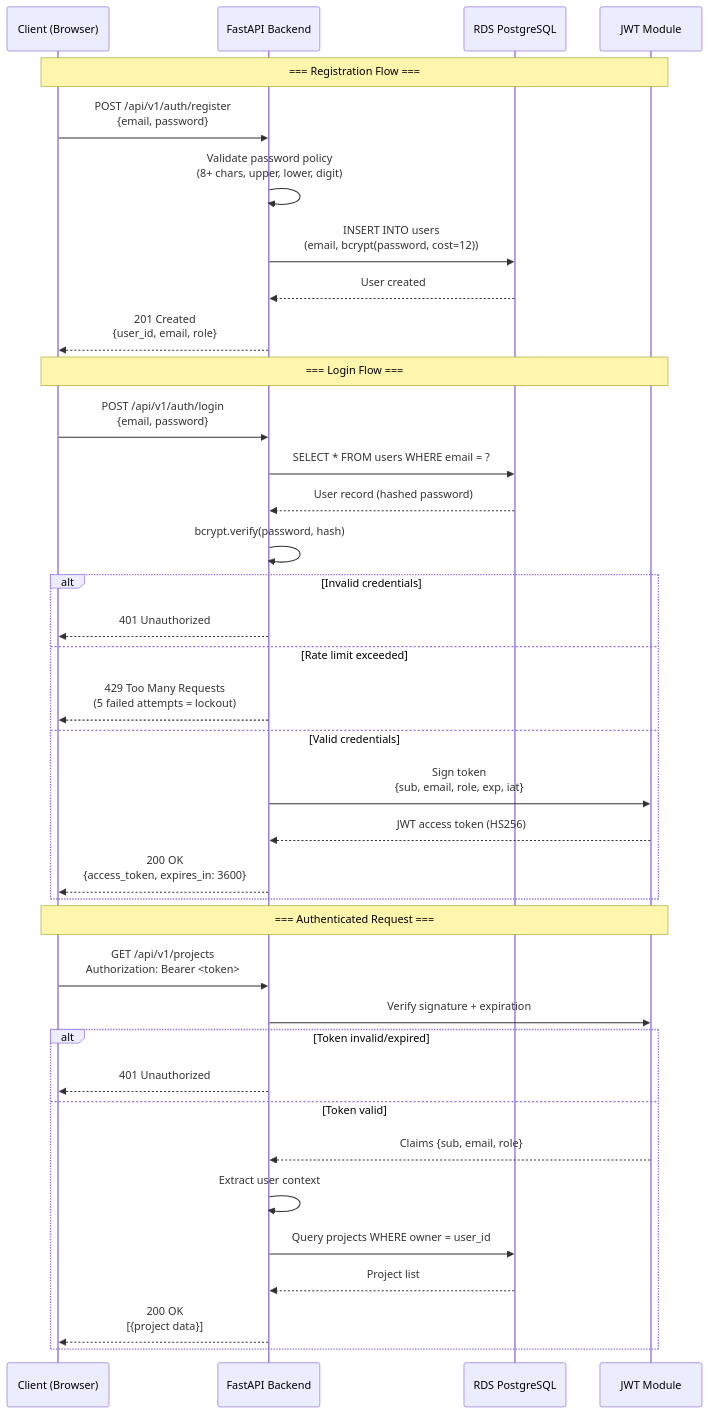
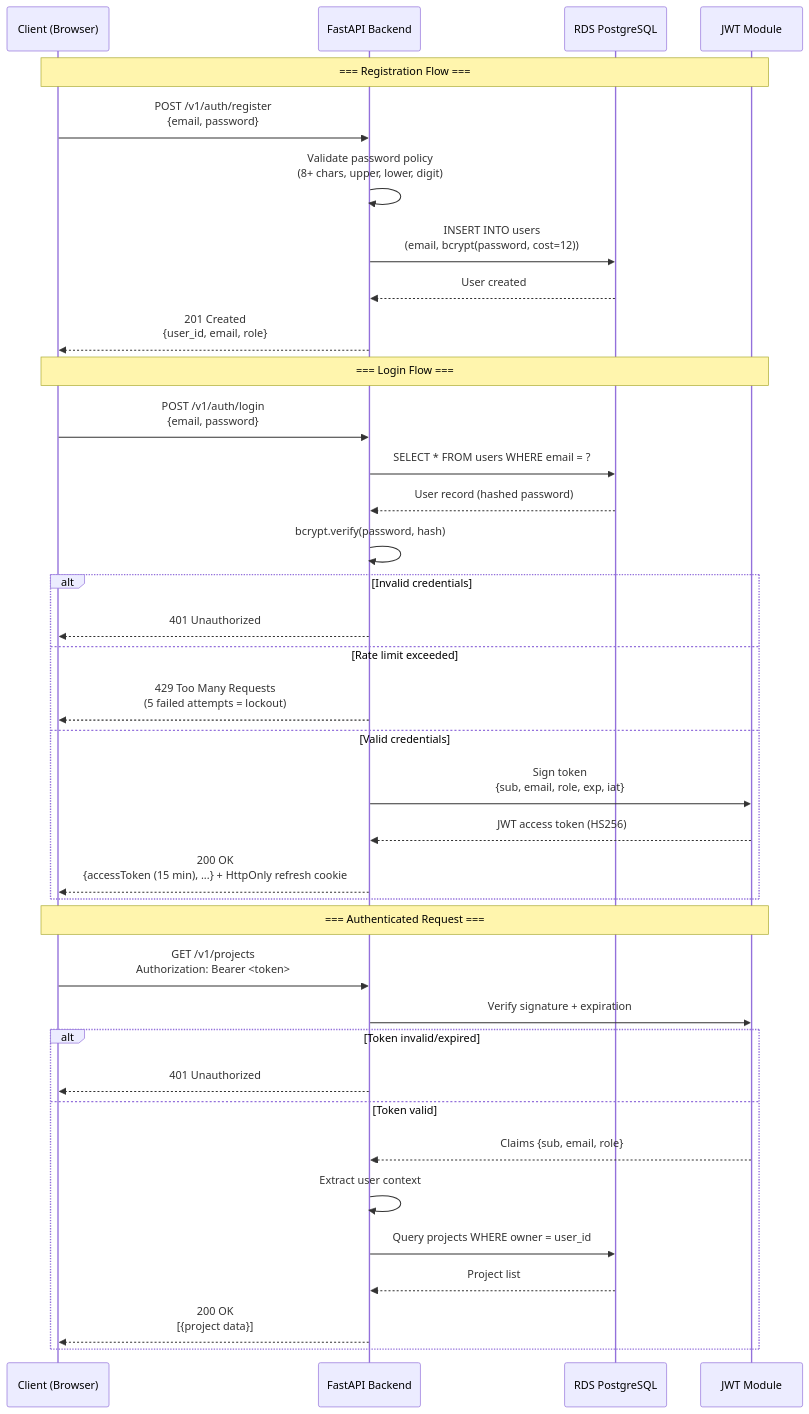
Before and after one commit to alonsovndev/open-projects-hub-docs: the second of 4 diagrams in docs/03-architecture/security/security-architecture.md, drawn with Mermaid. The commit also changed other lines of this file and 14 other files, not shown here.

First line of the commit message:
docs(architecture): describe the deployed Cloudflare and EC2 stack

````diff
--- a/docs/03-architecture/security/security-architecture.md
+++ b/docs/03-architecture/security/security-architecture.md
@@ -196,42 +198,42 @@
 ```mermaid
 sequenceDiagram
     participant Client as Client (Browser)
     participant API as FastAPI Backend
     participant DB as RDS PostgreSQL
     participant JWT as JWT Module
 
     Note over Client,JWT: === Registration Flow ===
-    Client->>API: POST /api/v1/auth/register<br/>{email, password}
+    Client->>API: POST /v1/auth/register<br/>{email, password}
     API->>API: Validate password policy<br/>(8+ chars, upper, lower, digit)
     API->>DB: INSERT INTO users<br/>(email, bcrypt(password, cost=12))
     DB-->>API: User created
     API-->>Client: 201 Created<br/>{user_id, email, role}
 
     Note over Client,JWT: === Login Flow ===
-    Client->>API: POST /api/v1/auth/login<br/>{email, password}
+    Client->>API: POST /v1/auth/login<br/>{email, password}
     API->>DB: SELECT * FROM users WHERE email = ?
     DB-->>API: User record (hashed password)
     API->>API: bcrypt.verify(password, hash)
     alt Invalid credentials
         API-->>Client: 401 Unauthorized
     else Rate limit exceeded
         API-->>Client: 429 Too Many Requests<br/>(5 failed attempts = lockout)
     else Valid credentials
         API->>JWT: Sign token<br/>{sub, email, role, exp, iat}
         JWT-->>API: JWT access token (HS256)
-        API-->>Client: 200 OK<br/>{access_token, expires_in: 3600}
+        API-->>Client: 200 OK<br/>{accessToken (15 min), ...} + HttpOnly refresh cookie
     end
 
     Note over Client,JWT: === Authenticated Request ===
-    Client->>API: GET /api/v1/projects<br/>Authorization: Bearer <token>
+    Client->>API: GET /v1/projects<br/>Authorization: Bearer <token>
     API->>JWT: Verify signature + expiration
     alt Token invalid/expired
         API-->>Client: 401 Unauthorized
     else Token valid
         JWT-->>API: Claims {sub, email, role}
         API->>API: Extract user context
         API->>DB: Query projects WHERE owner = user_id
         DB-->>API: Project list
         API-->>Client: 200 OK<br/>[{project data}]
     end
 ```
````
